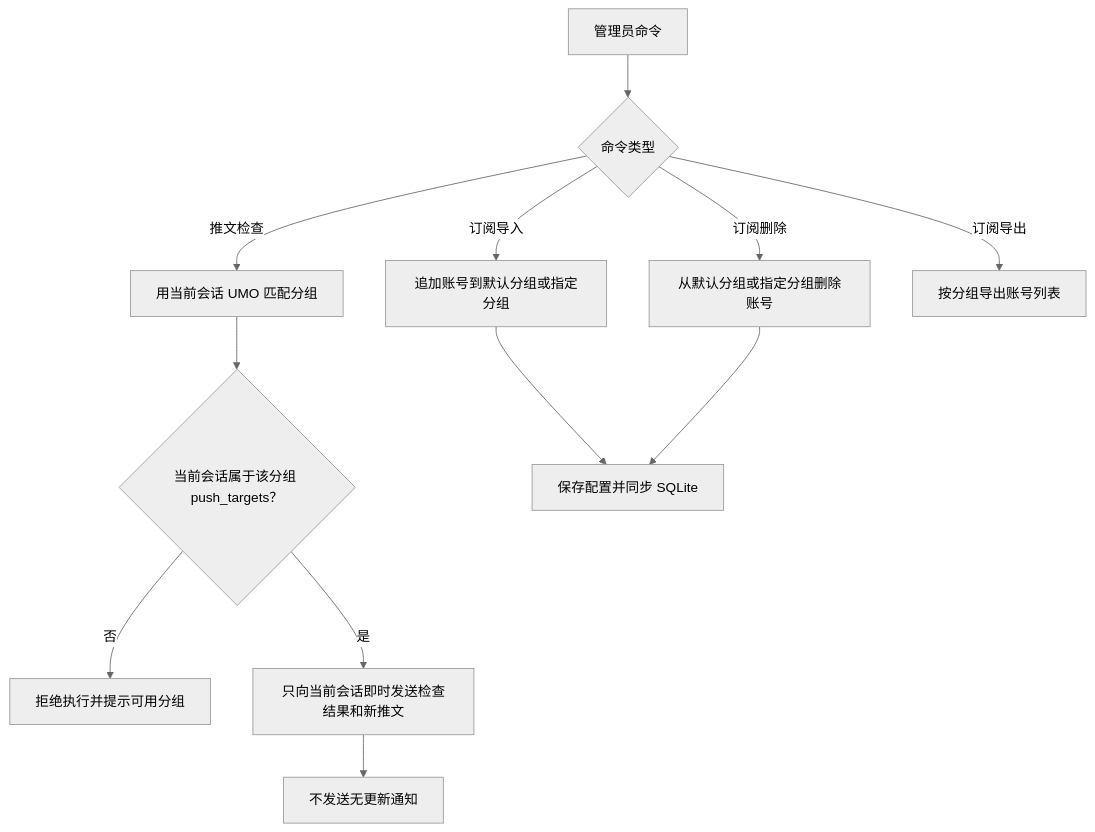
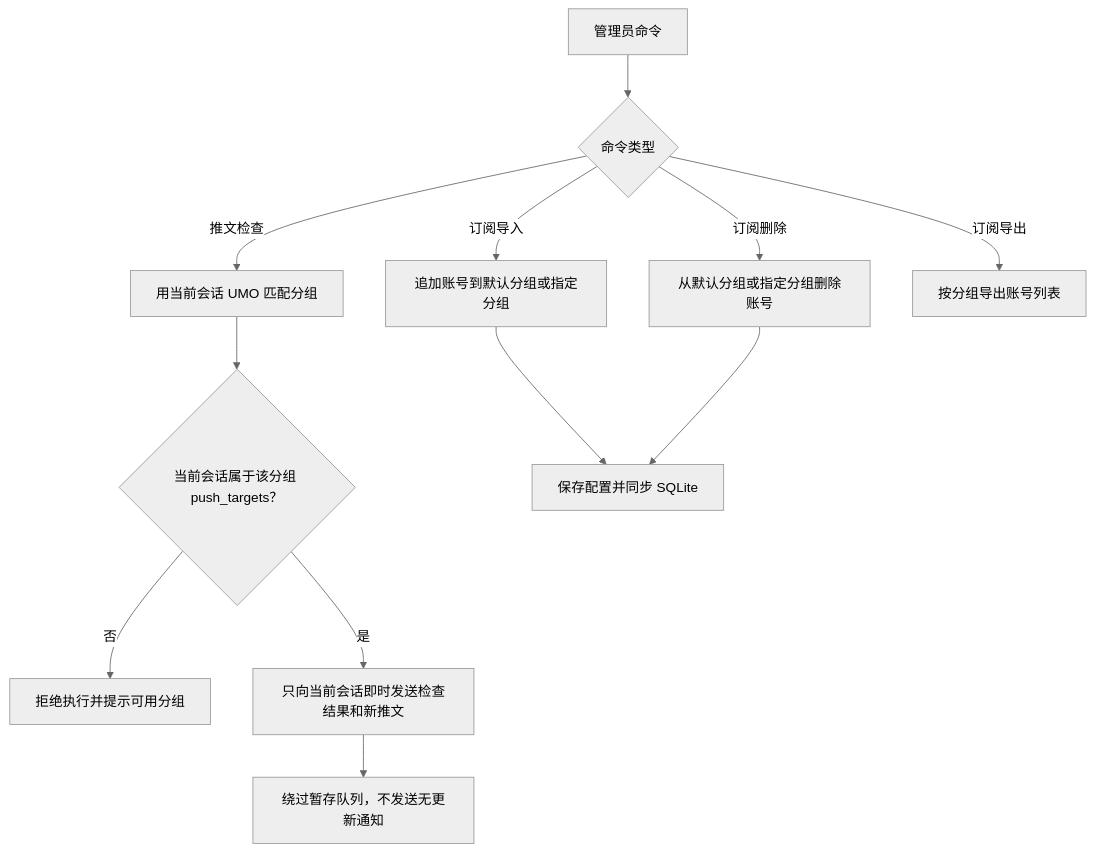
The third of 3 diagrams in docs/advanced.md (shitianyaa/astrbot_plugin_nitter_tweets), drawn with Mermaid (neutral theme) before and after one commit. The commit also changed other lines of this file and 66 other files, not shown here.

````diff
--- a/docs/advanced.md
+++ b/docs/advanced.md
@@ -63,14 +65,14 @@
 ```mermaid
 flowchart TD
     A["管理员命令"] --> B{"命令类型"}
     B -->|推文检查| C["用当前会话 UMO 匹配分组"]
     C --> D{"当前会话属于该分组 push_targets？"}
     D -->|否| E["拒绝执行并提示可用分组"]
     D -->|是| F["只向当前会话即时发送检查结果和新推文"]
-    F --> G["不发送无更新通知"]
+    F --> G["绕过暂存队列，不发送无更新通知"]
     B -->|订阅导入| H["追加账号到默认分组或指定分组"]
     B -->|订阅删除| I["从默认分组或指定分组删除账号"]
     B -->|订阅导出| J["按分组导出账号列表"]
     H --> K["保存配置并同步 SQLite"]
     I --> K
 ```
````
